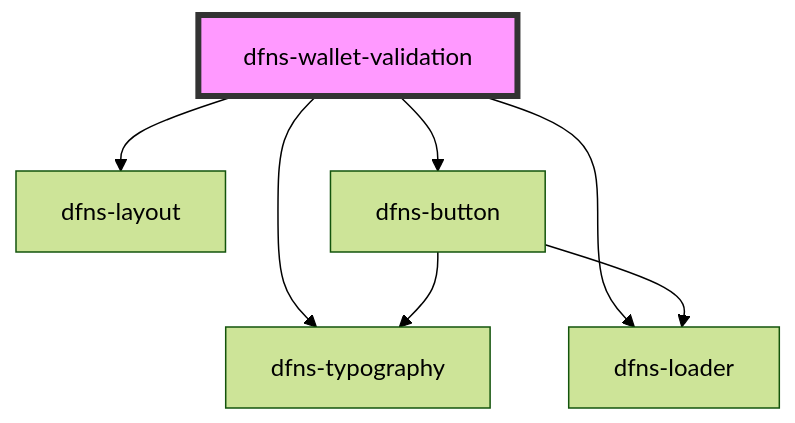
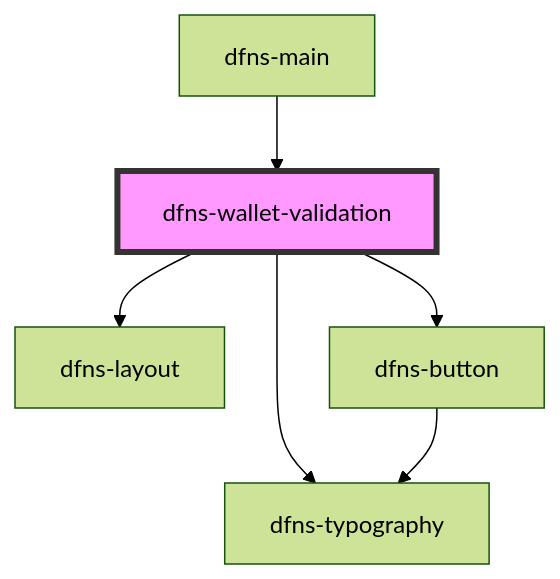
Before and after one commit to dfnsext/web-ui: the diagram in src/components/Pages/dfns-wallet-validation/readme.md, drawn with Mermaid (forest theme). The commit also changed other lines of this file and 23 other files, not shown here.

````diff
--- a/src/components/Pages/dfns-wallet-validation/readme.md
+++ b/src/components/Pages/dfns-wallet-validation/readme.md
@@ -38,10 +35,9 @@
 ```mermaid
 graph TD;
   dfns-wallet-validation --> dfns-layout
   dfns-wallet-validation --> dfns-typography
-  dfns-wallet-validation --> dfns-loader
   dfns-wallet-validation --> dfns-button
   dfns-button --> dfns-typography
-  dfns-button --> dfns-loader
+  dfns-main --> dfns-wallet-validation
   style dfns-wallet-validation fill:#f9f,stroke:#333,stroke-width:4px
 ```
````
